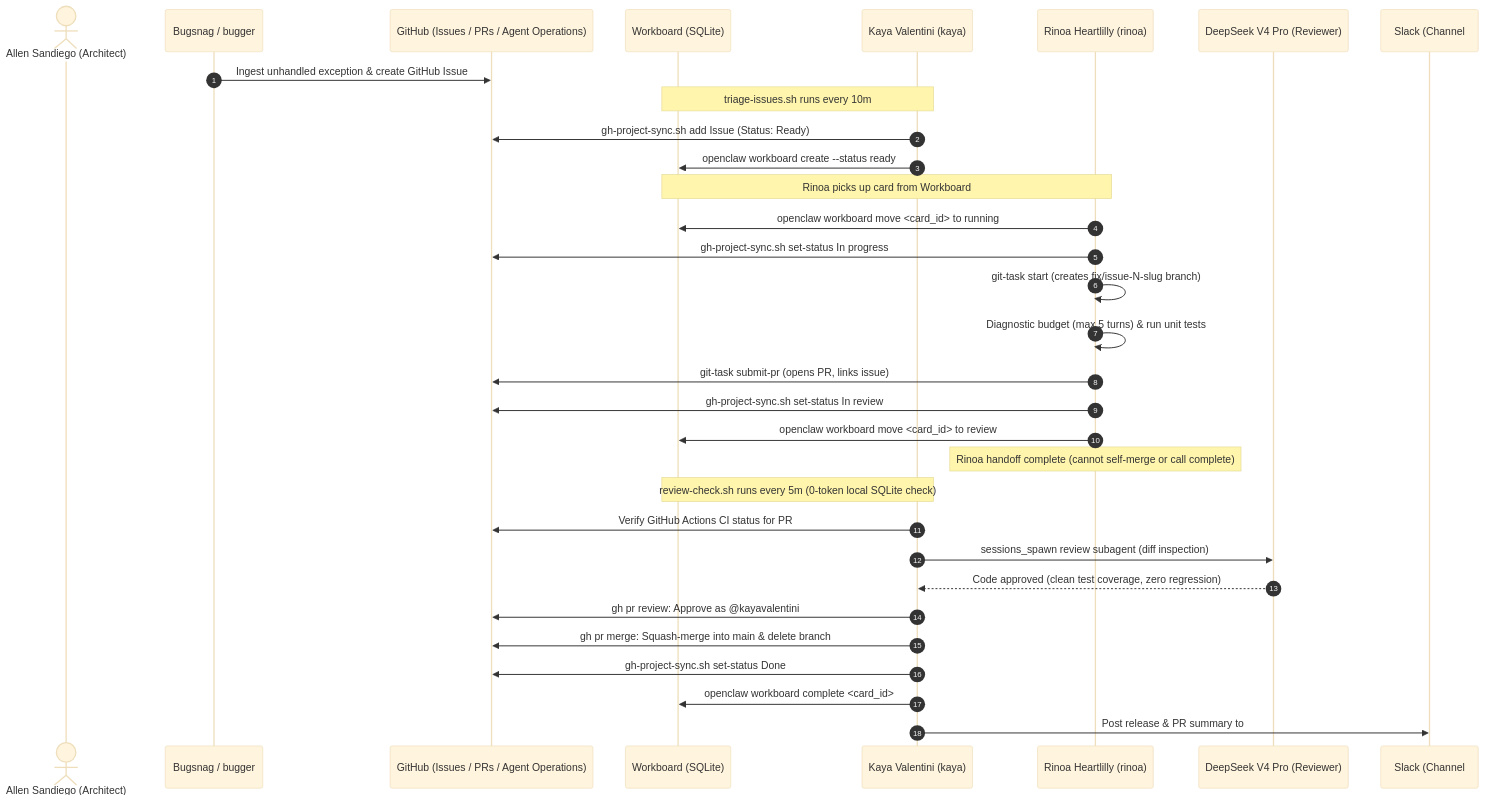
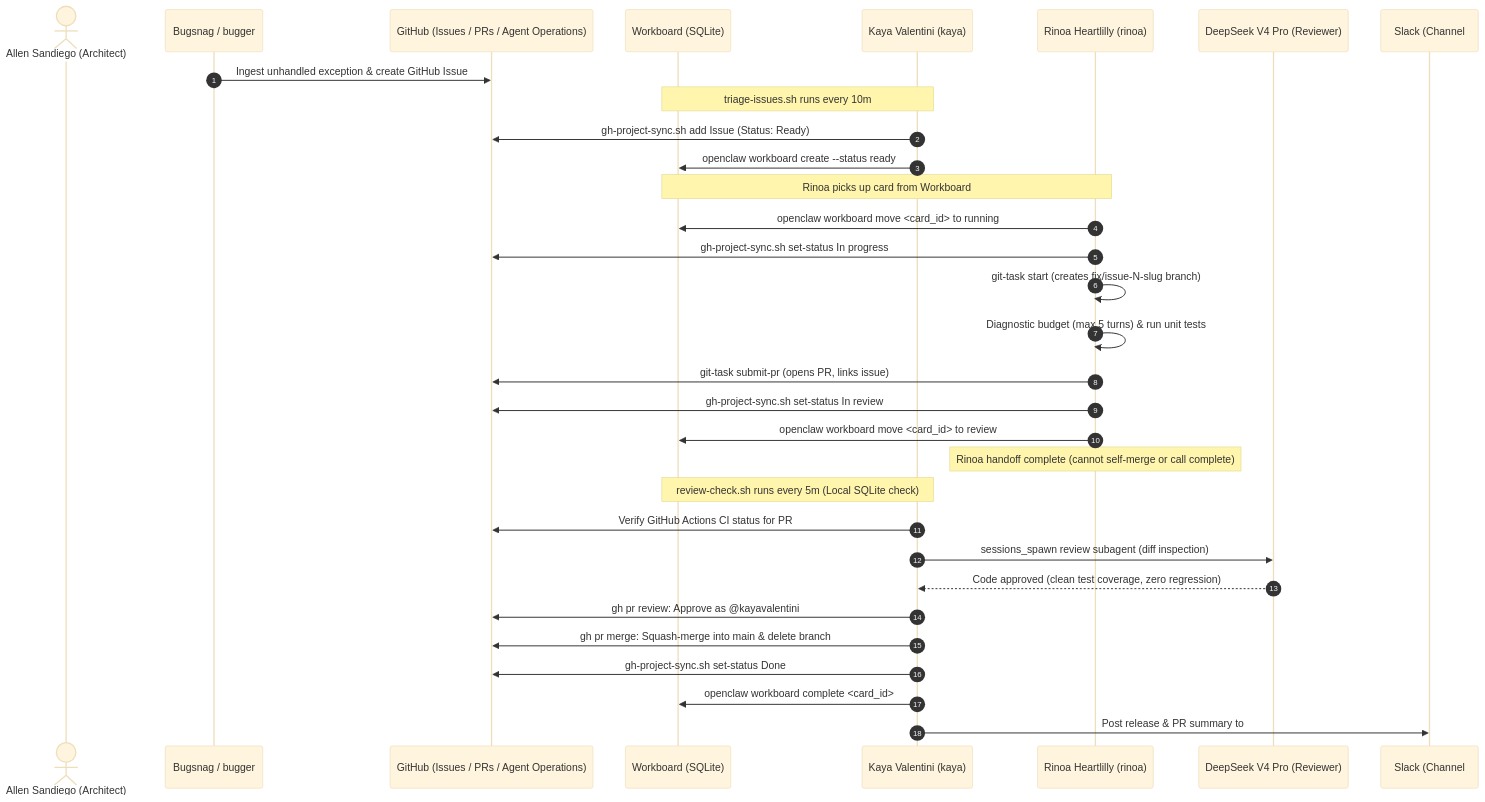
Before and after one commit to allensandiego/page: the second of 2 diagrams in _posts/2026-09-13-autonomous-bug-fixing-openclaw-workboard-multi-agent-code-review.md, drawn with Mermaid (base theme). The commit also changed other lines of this file, not shown here.

Commit message:
docs: remove zero-token references to focus squarely on workflow architecture

````diff
--- a/_posts/2026-09-13-autonomous-bug-fixing-openclaw-workboard-multi-agent-code-review.md
+++ b/_posts/2026-09-13-autonomous-bug-fixing-openclaw-workboard-multi-agent-code-review.md
@@ -111,37 +111,37 @@
 ```mermaid
 sequenceDiagram
     autonumber
     actor User as Allen Sandiego (Architect)
     participant Bugsnag as Bugsnag / bugger
     participant GH as GitHub (Issues / PRs / Agent Operations)
     participant WB as Workboard (SQLite)
     participant Kaya as Kaya Valentini (kaya)
     participant Rinoa as Rinoa Heartlilly (rinoa)
     participant DeepSeek as DeepSeek V4 Pro (Reviewer)
     participant Slack as Slack (Channel #deployments)
 
     Bugsnag->>GH: Ingest unhandled exception & create GitHub Issue
     Note over Kaya,WB: triage-issues.sh runs every 10m
     Kaya->>GH: gh-project-sync.sh add Issue (Status: Ready)
     Kaya->>WB: openclaw workboard create --status ready
 
     Note over Rinoa,WB: Rinoa picks up card from Workboard
     Rinoa->>WB: openclaw workboard move <card_id> to running
     Rinoa->>GH: gh-project-sync.sh set-status In progress
     Rinoa->>Rinoa: git-task start (creates fix/issue-N-slug branch)
     Rinoa->>Rinoa: Diagnostic budget (max 5 turns) & run unit tests
     Rinoa->>GH: git-task submit-pr (opens PR, links issue)
     Rinoa->>GH: gh-project-sync.sh set-status In review
     Rinoa->>WB: openclaw workboard move <card_id> to review
     Note over Rinoa: Rinoa handoff complete (cannot self-merge or call complete)
 
-    Note over Kaya,WB: review-check.sh runs every 5m (0-token local SQLite check)
+    Note over Kaya,WB: review-check.sh runs every 5m (Local SQLite check)
     Kaya->>GH: Verify GitHub Actions CI status for PR
     Kaya->>DeepSeek: sessions_spawn review subagent (diff inspection)
     DeepSeek-->>Kaya: Code approved (clean test coverage, zero regression)
     Kaya->>GH: gh pr review: Approve as @kayavalentini
     Kaya->>GH: gh pr merge: Squash-merge into main & delete branch
     Kaya->>GH: gh-project-sync.sh set-status Done
     Kaya->>WB: openclaw workboard complete <card_id>
     Kaya->>Slack: Post release & PR summary to #deployments
 ```
````
